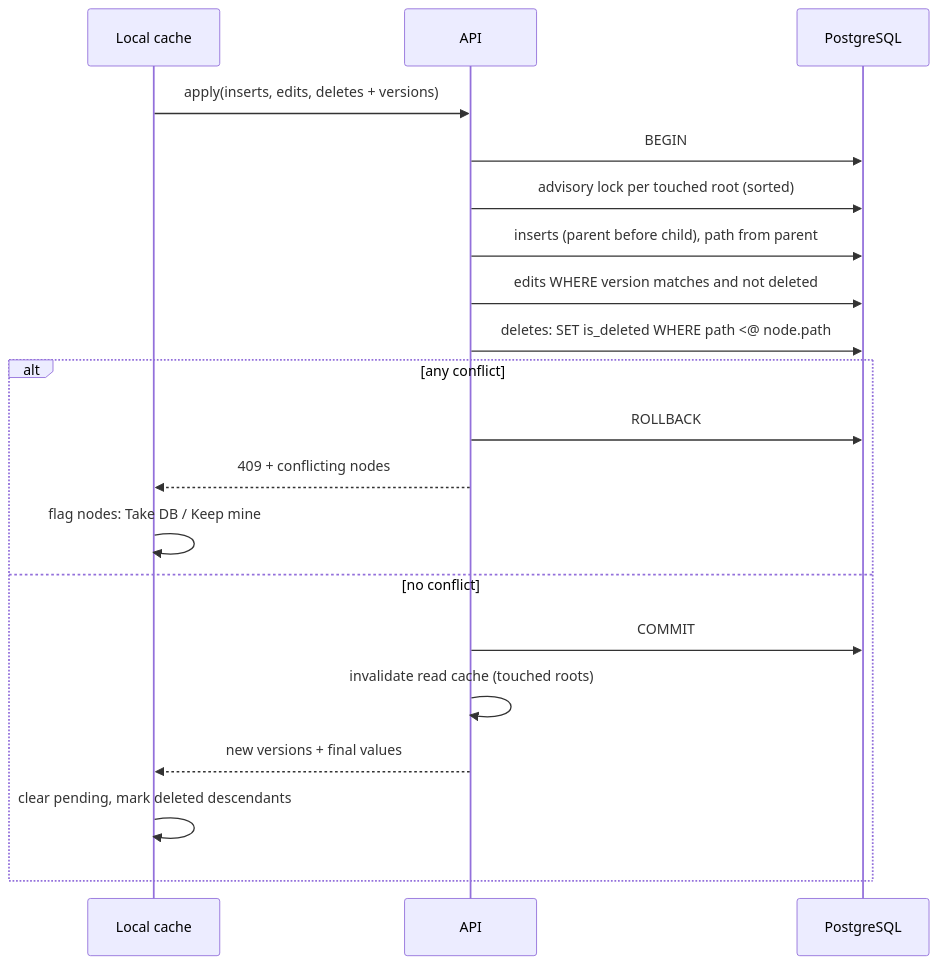
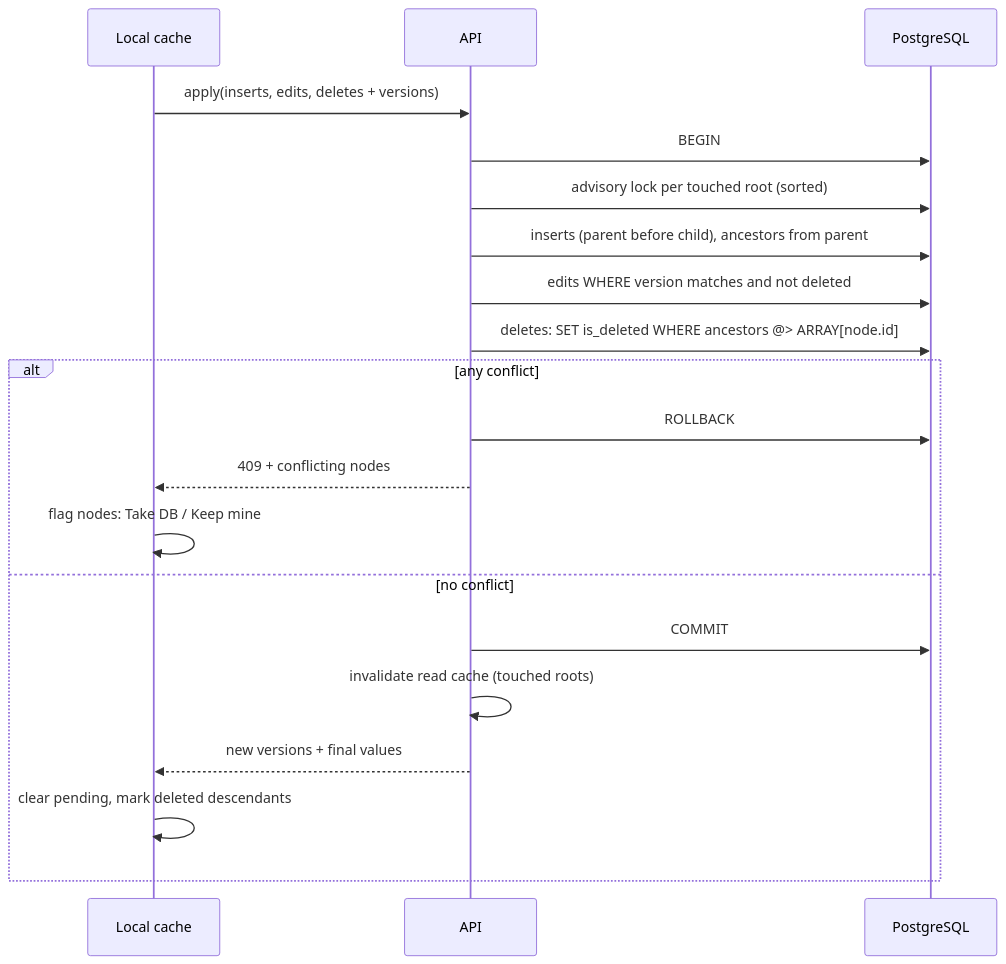
One commit to vkurtianyk/tree-editor changed the second of 2 diagrams in docs/DECISIONS.md. Above: the diagram before and after it, drawn with Mermaid. The commit also changed other lines of this file, not shown here.

First line of the commit message:
Replace ltree path with uuid[] ancestors and GIN index

````diff
--- a/docs/DECISIONS.md
+++ b/docs/DECISIONS.md
@@ -157,22 +157,22 @@
 ```mermaid
 sequenceDiagram
     participant C as Local cache
     participant A as API
     participant P as PostgreSQL
     C->>A: apply(inserts, edits, deletes + versions)
     A->>P: BEGIN
     A->>P: advisory lock per touched root (sorted)
-    A->>P: inserts (parent before child), path from parent
+    A->>P: inserts (parent before child), ancestors from parent
     A->>P: edits WHERE version matches and not deleted
-    A->>P: deletes: SET is_deleted WHERE path <@ node.path
+    A->>P: deletes: SET is_deleted WHERE ancestors @> ARRAY[node.id]
     alt any conflict
         A->>P: ROLLBACK
         A-->>C: 409 + conflicting nodes
         C->>C: flag nodes: Take DB / Keep mine
     else no conflict
         A->>P: COMMIT
         A->>A: invalidate read cache (touched roots)
         A-->>C: new versions + final values
         C->>C: clear pending, mark deleted descendants
     end
 ```
````
